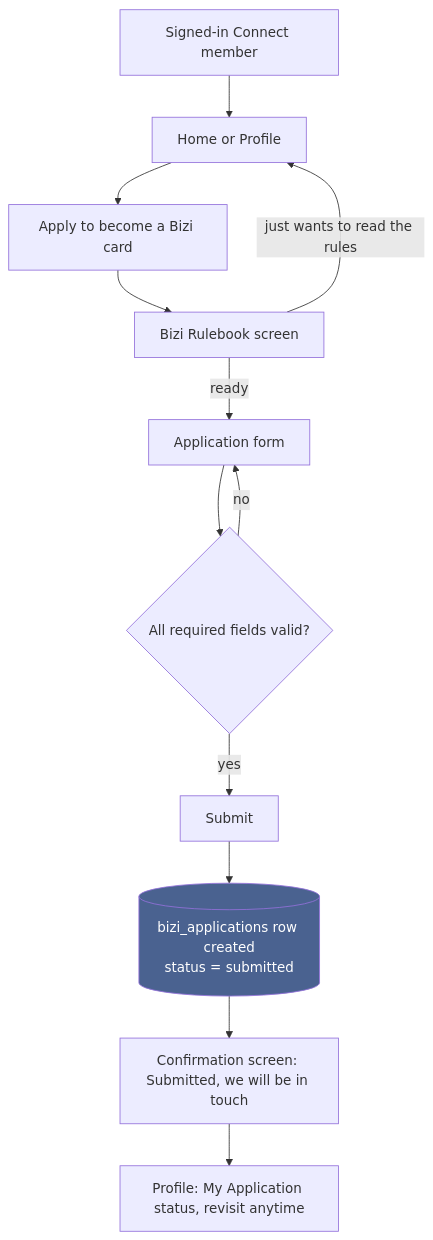
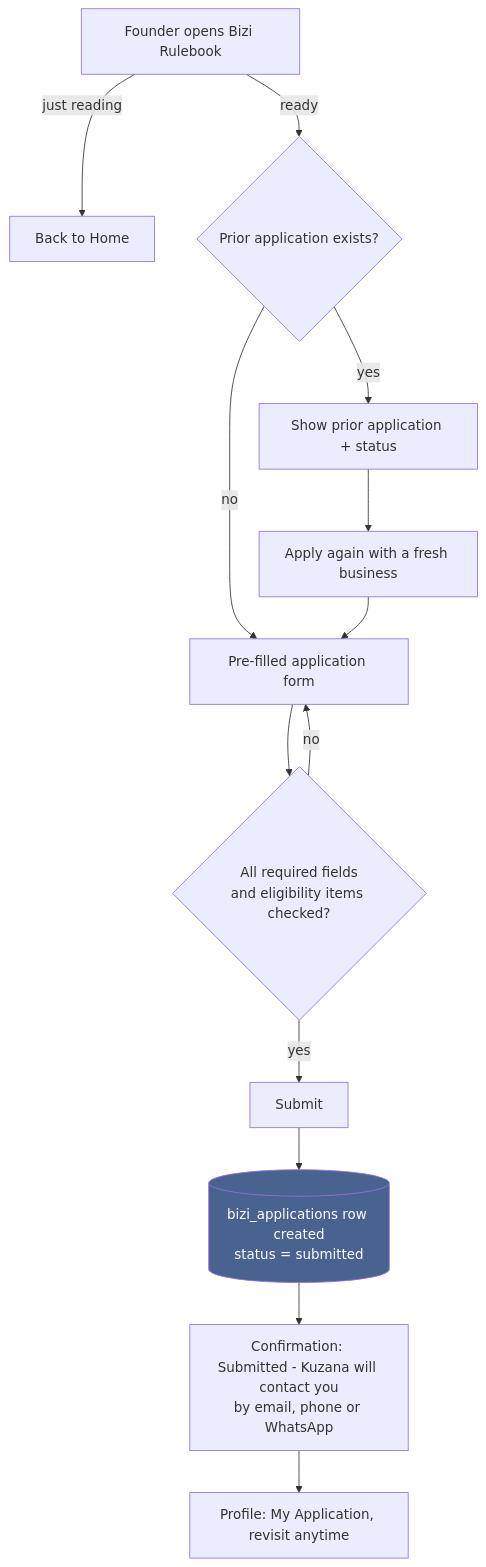
One commit to okumuraven/Boardy.ai changed the second of 8 diagrams in bizi_flow.md. Above: the diagram before and after it, drawn with Mermaid. The commit also changed other lines of this file and 1 other file, not shown here.

````diff
--- a/bizi_flow.md
+++ b/bizi_flow.md
@@ -12,16 +39,17 @@
 ```mermaid
 flowchart TD
-    A[Signed-in Connect member] --> B[Home or Profile]
-    B --> C[Apply to become a Bizi card]
-    C --> D[Bizi Rulebook screen]
-    D -->|just wants to read the rules| B
-    D -->|ready| E[Application form]
-    E --> F{All required fields valid?}
-    F -->|no| E
-    F -->|yes| G[Submit]
-    G --> H[(bizi_applications row created<br/>status = submitted)]
-    H --> I[Confirmation screen: Submitted, we will be in touch]
-    I --> J[Profile: My Application status, revisit anytime]
+    A[Founder opens Bizi Rulebook] -->|just reading| B[Back to Home]
+    A -->|ready| C{Prior application exists?}
+    C -->|yes| D[Show prior application + status]
+    D --> E[Apply again with a fresh business]
+    C -->|no| F[Pre-filled application form]
+    E --> F
+    F --> G{All required fields<br/>and eligibility items checked?}
+    G -->|no| F
+    G -->|yes| H[Submit]
+    H --> I[(bizi_applications row created<br/>status = submitted)]
+    I --> J[Confirmation: Submitted - Kuzana will contact you<br/>by email, phone or WhatsApp]
+    J --> K[Profile: My Application, revisit anytime]
 
-    style H fill:#4a6290,color:#fff
+    style I fill:#4a6290,color:#fff
 ```
````
